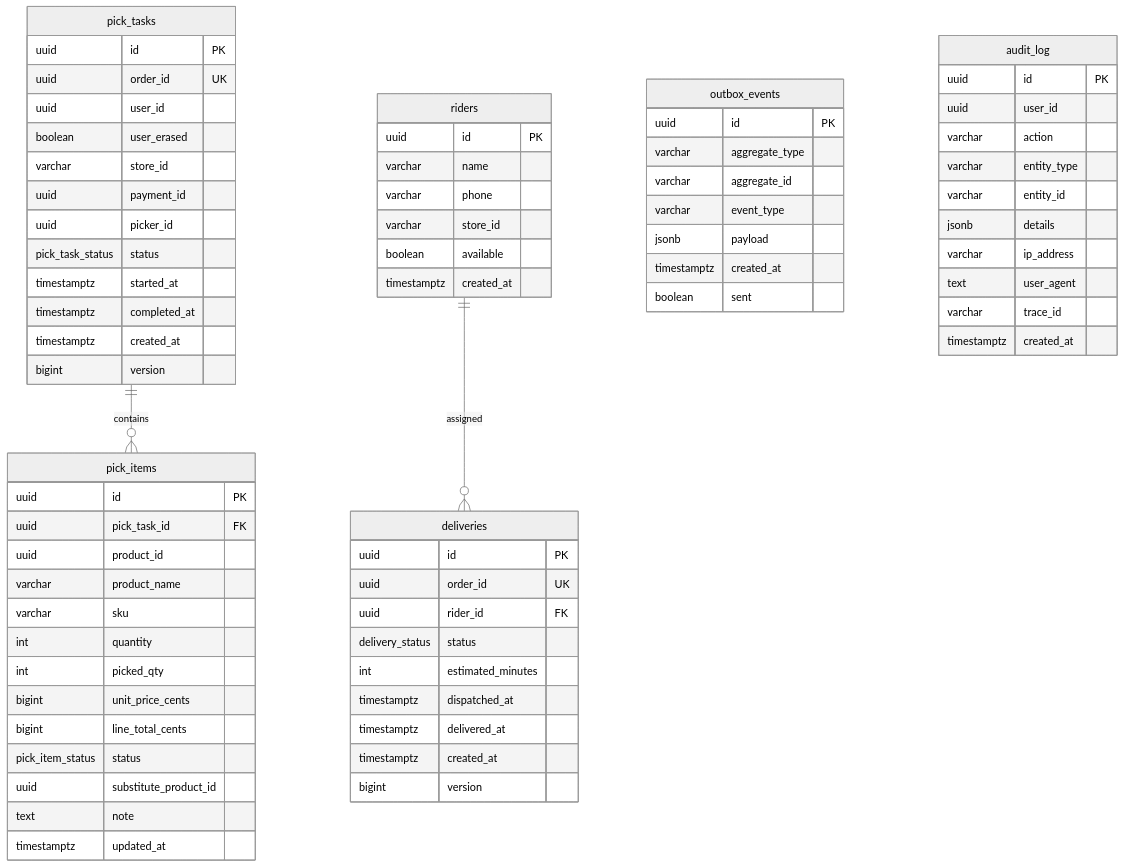
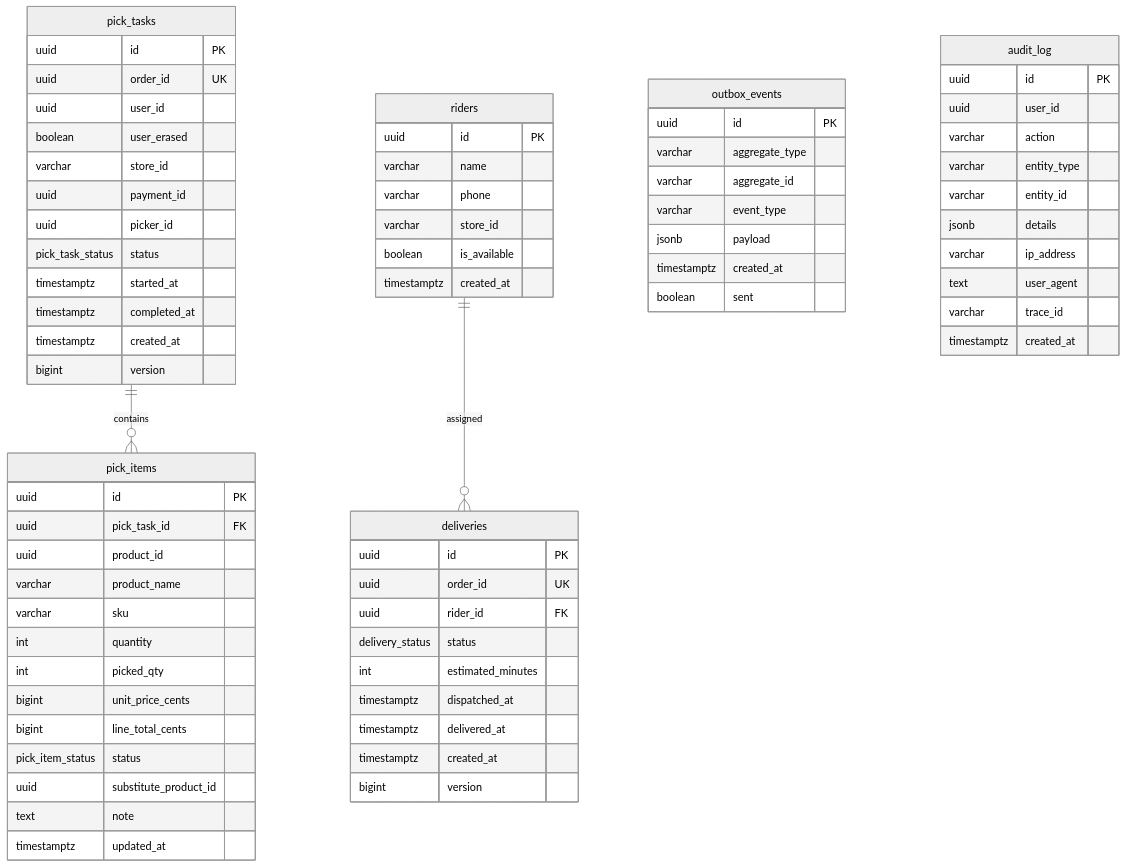
Before and after one commit to sunitakeazycommerz-a11y/InstaCommerce: the seventh of 7 diagrams in services/fulfillment-service/README.md, drawn with Mermaid (neutral theme). The commit also changed other lines of this file, not shown here.

````diff
--- a/services/fulfillment-service/README.md
+++ b/services/fulfillment-service/README.md
@@ -308,80 +323,80 @@
 ```mermaid
 erDiagram
     pick_tasks ||--o{ pick_items : contains
     riders ||--o{ deliveries : assigned
 
     pick_tasks {
         uuid id PK
         uuid order_id UK
         uuid user_id
         boolean user_erased
         varchar store_id
         uuid payment_id
         uuid picker_id
         pick_task_status status
         timestamptz started_at
         timestamptz completed_at
         timestamptz created_at
         bigint version
     }
 
     pick_items {
         uuid id PK
         uuid pick_task_id FK
         uuid product_id
         varchar product_name
         varchar sku
         int quantity
         int picked_qty
         bigint unit_price_cents
         bigint line_total_cents
         pick_item_status status
         uuid substitute_product_id
         text note
         timestamptz updated_at
     }
 
     riders {
         uuid id PK
         varchar name
         varchar phone
         varchar store_id
-        boolean available
+        boolean is_available
         timestamptz created_at
     }
 
     deliveries {
         uuid id PK
         uuid order_id UK
         uuid rider_id FK
         delivery_status status
         int estimated_minutes
         timestamptz dispatched_at
         timestamptz delivered_at
         timestamptz created_at
         bigint version
     }
 
     outbox_events {
         uuid id PK
         varchar aggregate_type
         varchar aggregate_id
         varchar event_type
         jsonb payload
         timestamptz created_at
         boolean sent
     }
 
     audit_log {
         uuid id PK
         uuid user_id
         varchar action
         varchar entity_type
         varchar entity_id
         jsonb details
         varchar ip_address
         text user_agent
         varchar trace_id
         timestamptz created_at
     }
 ```
````
